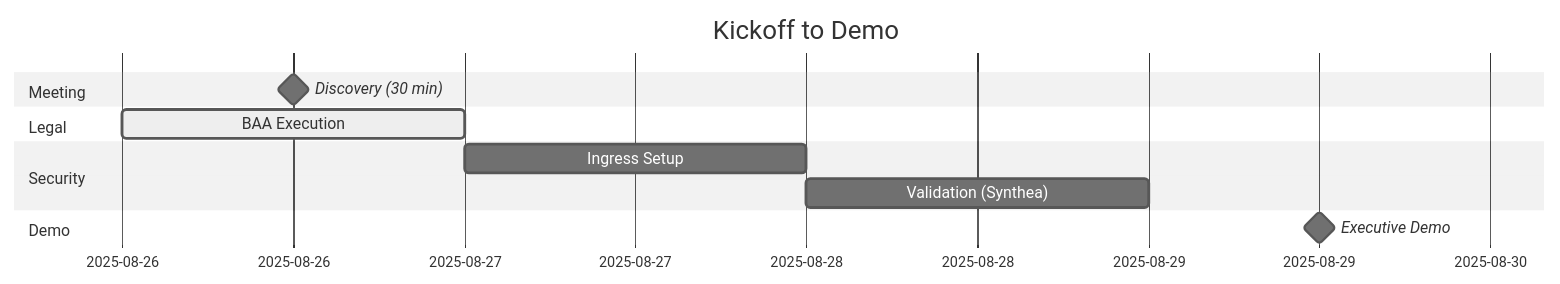
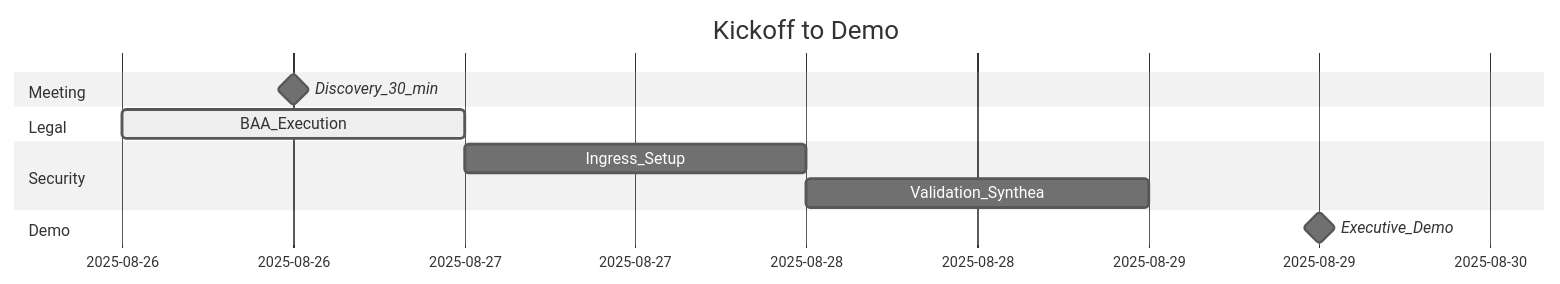
Before and after one commit to daniel-QMTRY/QMTRY-Kickoff-and-Secure-Access: the second of 3 diagrams in README.md, drawn with Mermaid (neutral theme). The commit also changed other lines of this file, not shown here.

````diff
--- a/README.md
+++ b/README.md
@@ -101,14 +100,14 @@
 ```mermaid
 gantt
     title Kickoff to Demo
     dateFormat  YYYY-MM-DD
     section Meeting
-    Discovery (30 min)        :milestone, m1, 2025-08-26, 1d
+    Discovery_30_min           :milestone, m1, 2025-08-26, 1d
     section Legal
-    BAA Execution             :active, l1, 2025-08-26, 1d
+    BAA_Execution              :active, l1, 2025-08-26, 1d
     section Security
-    Ingress Setup             :s1, after l1, 1d
-    Validation (Synthea)      :s2, after s1, 1d
+    Ingress_Setup              :s1, after l1, 1d
+    Validation_Synthea         :s2, after s1, 1d
     section Demo
-    Executive Demo            :milestone, d1, after s2, 1d
+    Executive_Demo             :milestone, d1, after s2, 1d
 ```
````
